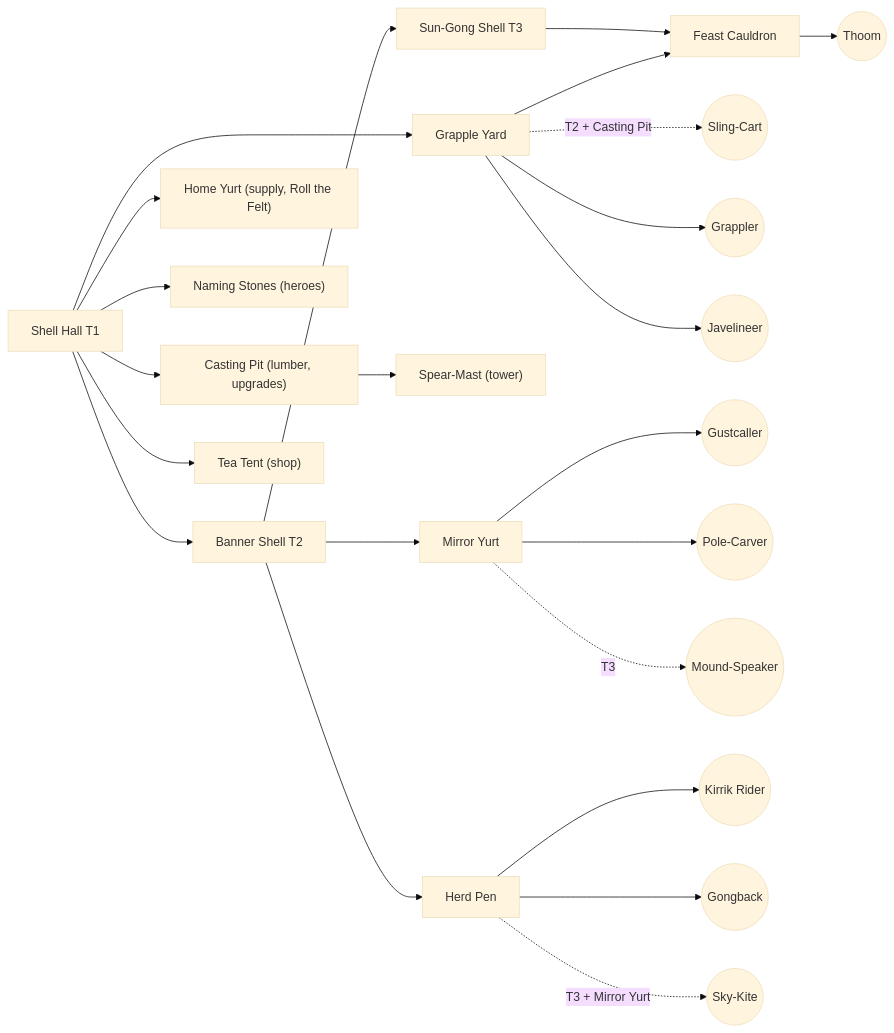
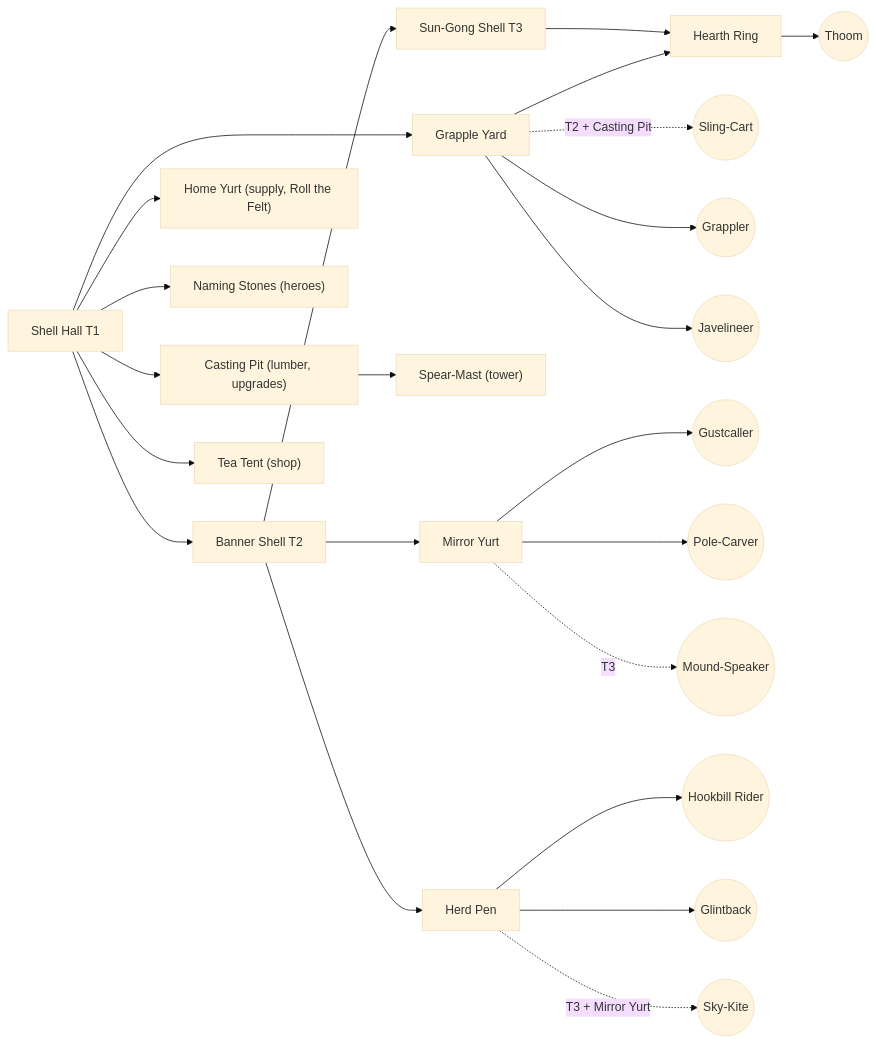
Before and after one commit to m1omg/Vibecraft: the diagram in docs/design/factions/clans.md, drawn with Mermaid (base theme). The commit also changed other lines of this file and 5 other files, not shown here.

````diff
--- a/docs/design/factions/clans.md
+++ b/docs/design/factions/clans.md
@@ -686,21 +837,21 @@
 ```mermaid
 flowchart LR
   SH["Shell Hall T1"] --> BS["Banner Shell T2"] --> SG["Sun-Gong Shell T3"]
   SH --> HY["Home Yurt (supply, Roll the Felt)"]
   SH --> GY["Grapple Yard"]
   SH --> NS["Naming Stones (heroes)"]
   SH --> CP["Casting Pit (lumber, upgrades)"]
   SH --> TT["Tea Tent (shop)"]
   CP --> SM["Spear-Mast (tower)"]
   BS --> HP["Herd Pen"]
   BS --> MY["Mirror Yurt"]
-  SG --> FC["Feast Cauldron"]
-  GY --> FC
+  SG --> HR["Hearth Ring"]
+  GY --> HR
   GY -. "T2 + Casting Pit" .-> SC(("Sling-Cart"))
   GY --> GR(("Grappler")) & JV(("Javelineer"))
   MY --> GC(("Gustcaller")) & PC(("Pole-Carver"))
   MY -. "T3" .-> MS(("Mound-Speaker"))
-  HP --> KR(("Kirrik Rider")) & GB(("Gongback"))
+  HP --> HB(("Hookbill Rider")) & GB(("Glintback"))
   HP -. "T3 + Mirror Yurt" .-> SK(("Sky-Kite"))
-  FC --> TH(("Thoom"))
+  HR --> TH(("Thoom"))
 ```
````
